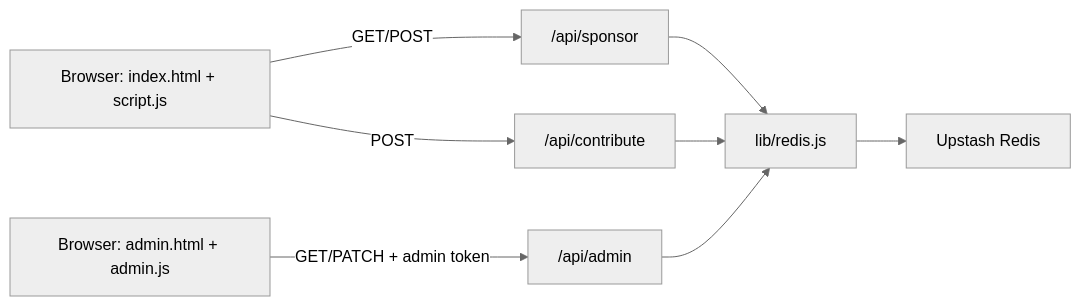
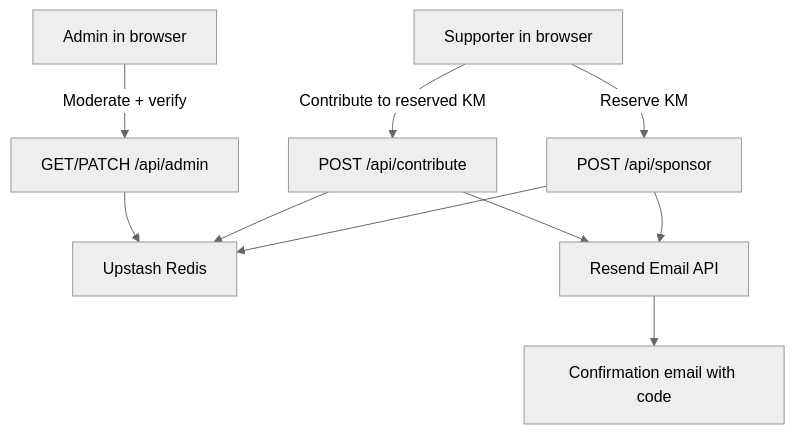
Before and after one commit to Himikid/42km-for-sudan: the diagram in README.md, drawn with Mermaid (neutral theme). The commit also changed other lines of this file, not shown here.

Commit message:
docs: rewrite README with ELI5 architecture and setup

````diff
--- a/README.md
+++ b/README.md
@@ -23,11 +21,15 @@
 ```mermaid
-flowchart LR
-    A["Browser: index.html + script.js"] -->|"GET/POST"| B["/api/sponsor"]
-    A -->|"POST"| C["/api/contribute"]
-    D["Browser: admin.html + admin.js"] -->|"GET/PATCH + admin token"| E["/api/admin"]
+flowchart TD
+    U["Supporter in browser"] -->|"Reserve KM"| A["POST /api/sponsor"]
+    U -->|"Contribute to reserved KM"| B["POST /api/contribute"]
+    AD["Admin in browser"] -->|"Moderate + verify"| C["GET/PATCH /api/admin"]
 
-    B --> F["lib/redis.js"]
-    C --> F
-    E --> F
-    F --> G["Upstash Redis"]
+    A --> R["Upstash Redis"]
+    B --> R
+    C --> R
+
+    A --> E["Resend Email API"]
+    B --> E
+
+    E --> M["Confirmation email with code"]
 ```
````
